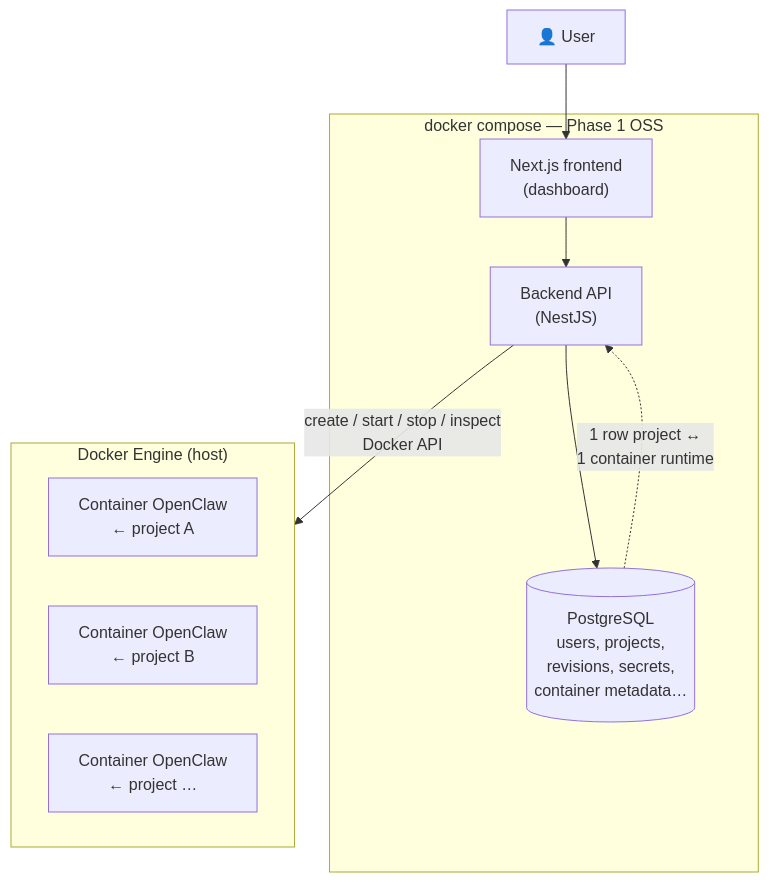
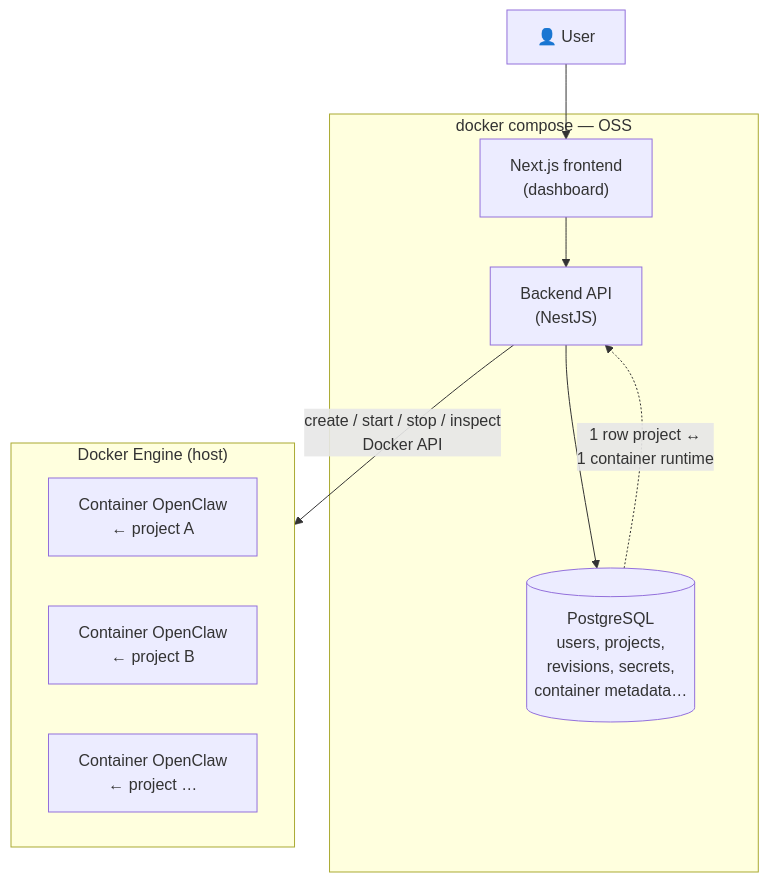
Before and after one commit to mankhb2k/claw-dashboard: the second of 6 diagrams in workflow.md, drawn with Mermaid. The commit also changed other lines of this file and 47 other files, not shown here.

````diff
--- a/workflow.md
+++ b/workflow.md
@@ -44,20 +97,20 @@
 ```mermaid
 flowchart TB
-    subgraph Compose["docker compose — Phase 1 OSS"]
+    subgraph Compose["docker compose — OSS"]
         FE["Next.js frontend\n(dashboard)"]
         API["Backend API\n(NestJS)"]
         DB[("PostgreSQL\nusers, projects,\nrevisions, secrets,\ncontainer metadata…")]
         FE --> API
         API --> DB
     end
 
     subgraph Engine["Docker Engine (host)"]
         C1["Container OpenClaw\n← project A"]
         C2["Container OpenClaw\n← project B"]
         CN["Container OpenClaw\n← project …"]
     end
 
     U["👤 User"] --> FE
     API -->|create / start / stop / inspect\nDocker API| Engine
     DB -.->|1 row project ↔\n1 container runtime| API
 ```
````
